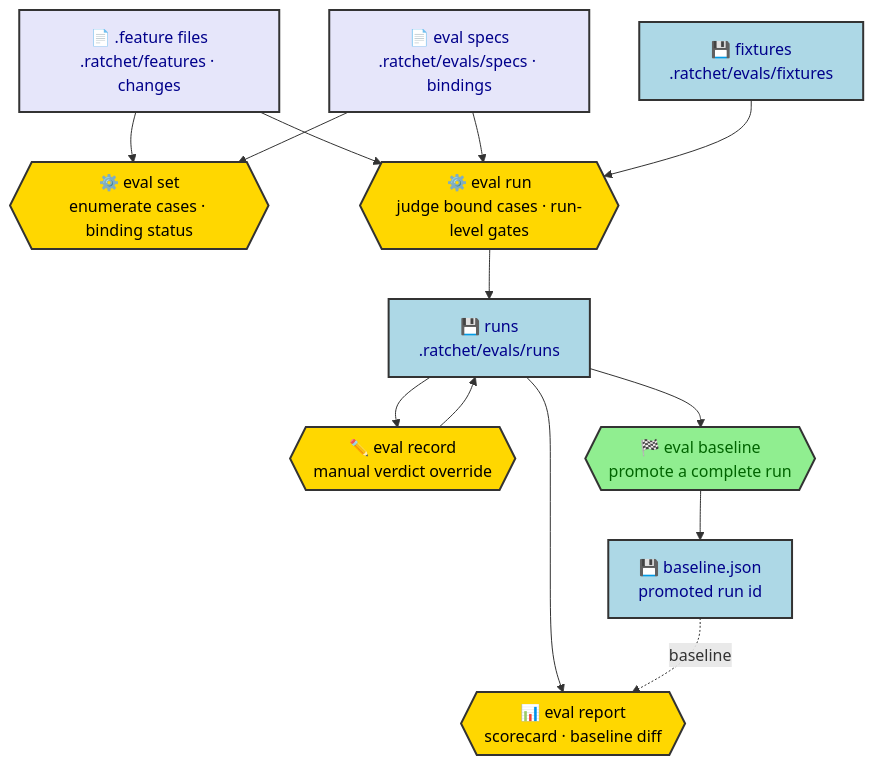
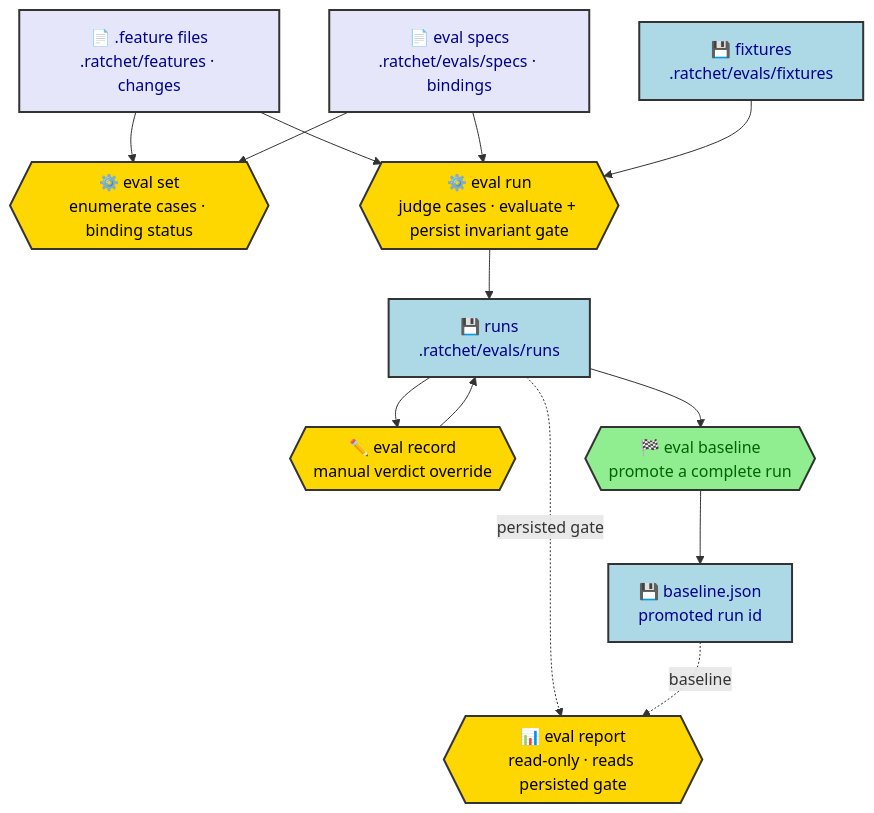
One commit to joctaTorres/ratchet changed the diagram in docs/commands/eval.md. Above: the diagram before and after it, drawn with Mermaid. The commit also changed other lines of this file and 4 other files, not shown here.

First line of the commit message:
docs(eval): document eval report as read-only; mark plan tasks done

````diff
--- a/docs/commands/eval.md
+++ b/docs/commands/eval.md
@@ -29,42 +29,42 @@
 ```mermaid
 flowchart TD
     FEATURES[📄 .feature files<br/>.ratchet/features · changes]
     SPECS[📄 eval specs<br/>.ratchet/evals/specs · bindings]
     FIXTURES[💾 fixtures<br/>.ratchet/evals/fixtures]
 
     SET{{⚙️ eval set<br/>enumerate cases · binding status}}
-    RUN{{⚙️ eval run<br/>judge bound cases · run-level gates}}
+    RUN{{⚙️ eval run<br/>judge cases · evaluate + persist invariant gate}}
     RECORD{{✏️ eval record<br/>manual verdict override}}
-    REPORT{{📊 eval report<br/>scorecard · baseline diff}}
+    REPORT{{📊 eval report<br/>read-only · reads persisted gate}}
     BASELINE{{🏁 eval baseline<br/>promote a complete run}}
 
     RUNSTORE[💾 runs<br/>.ratchet/evals/runs]
     BASESTORE[💾 baseline.json<br/>promoted run id]
 
     FEATURES --> SET
     SPECS --> SET
 
     FEATURES --> RUN
     SPECS --> RUN
     FIXTURES --> RUN
     RUN --> RUNSTORE
 
     RUNSTORE --> RECORD
     RECORD --> RUNSTORE
 
-    RUNSTORE --> REPORT
+    RUNSTORE -. persisted gate .-> REPORT
     BASESTORE -. baseline .-> REPORT
 
     RUNSTORE --> BASELINE
     BASELINE --> BASESTORE
 
     classDef source  fill:#E6E6FA,stroke:#333,stroke-width:2px,color:darkblue
     classDef store   fill:#ADD8E6,stroke:#333,stroke-width:2px,color:darkblue
     classDef cmd     fill:#FFD700,stroke:#333,stroke-width:2px,color:black
     classDef promote fill:#90EE90,stroke:#333,stroke-width:2px,color:darkgreen
 
     class FEATURES,SPECS source
     class FIXTURES,RUNSTORE,BASESTORE store
     class SET,RUN,RECORD,REPORT cmd
     class BASELINE promote
 ```
````
